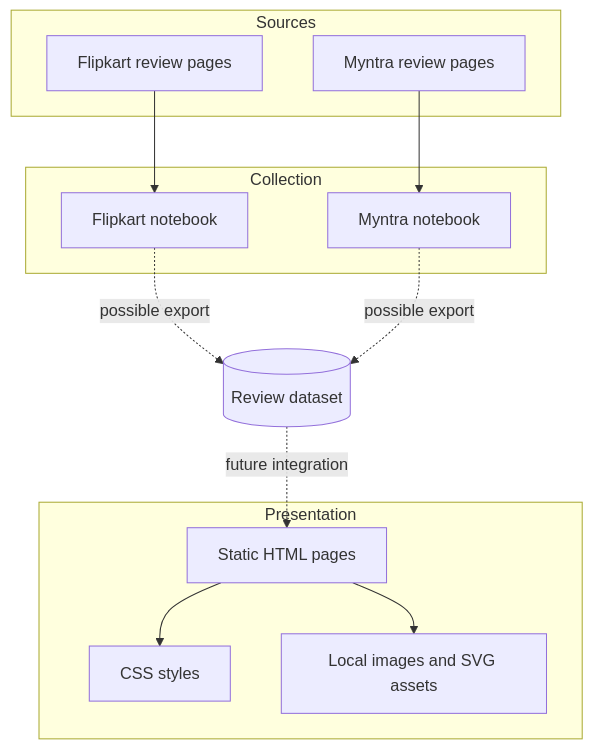
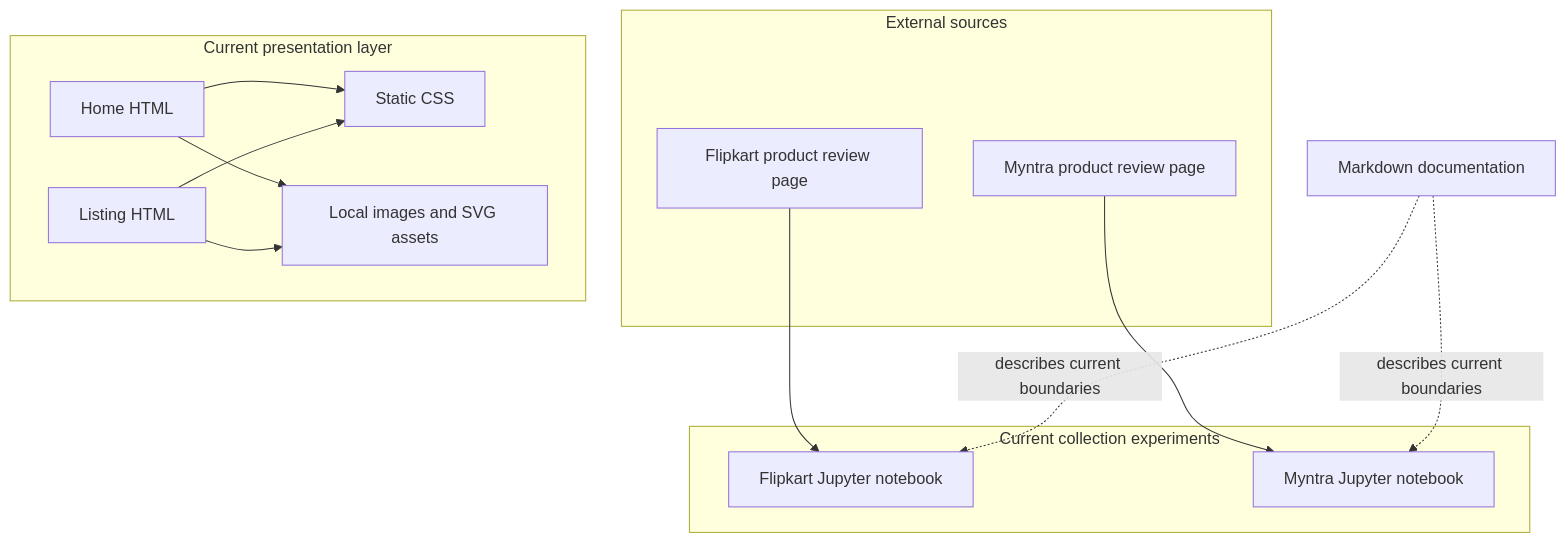
One commit to Brajesh31/Analysis-of-products-using-NLP changed the first of 2 diagrams in docs/architecture.md. Above: the diagram before and after it, drawn with Mermaid. The commit also changed other lines of this file, not shown here.

Commit message:
docs: expand architecture boundaries and failure design

````diff
--- a/docs/architecture.md
+++ b/docs/architecture.md
@@ -7,23 +16,25 @@
 ```mermaid
 flowchart TB
-  subgraph Sources
-    F[Flipkart review pages]
-    M[Myntra review pages]
+  subgraph External sources
+    F[Flipkart product review page]
+    M[Myntra product review page]
   end
-  subgraph Collection
-    NF[Flipkart notebook]
-    NM[Myntra notebook]
+  subgraph Current collection experiments
+    FN[Flipkart Jupyter notebook]
+    MN[Myntra Jupyter notebook]
   end
-  subgraph Presentation
-    H[Static HTML pages]
-    C[CSS styles]
-    A[Local images and SVG assets]
+  subgraph Current presentation layer
+    H[Home HTML]
+    L[Listing HTML]
+    CSS[Static CSS]
+    AS[Local images and SVG assets]
   end
-  F --> NF
-  M --> NM
-  H --> C
-  H --> A
-  NF -. possible export .-> D[(Review dataset)]
-  NM -. possible export .-> D
-  D -. future integration .-> H
+  F --> FN
+  M --> MN
+  H --> CSS
+  L --> CSS
+  H --> AS
+  L --> AS
+  DOC[Markdown documentation] -. describes current boundaries .-> FN
+  DOC -. describes current boundaries .-> MN
 ```
````
